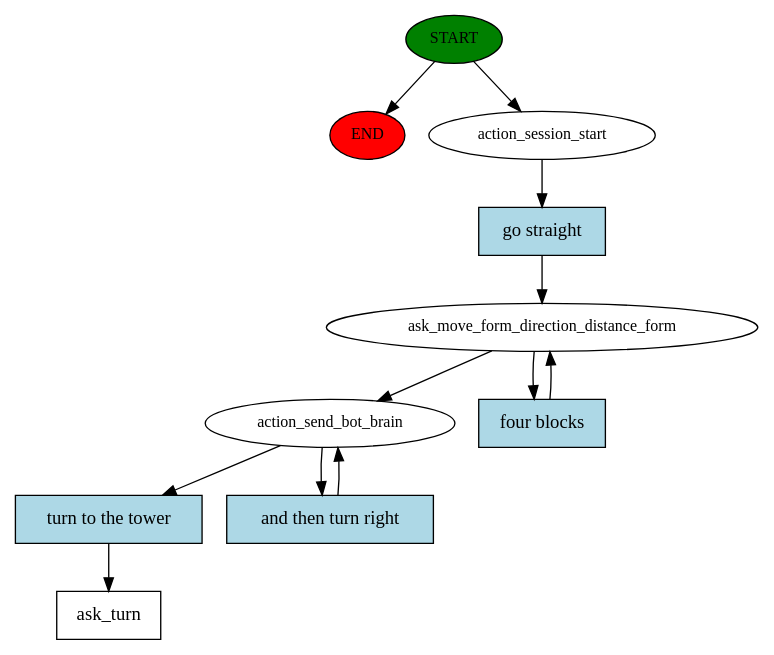
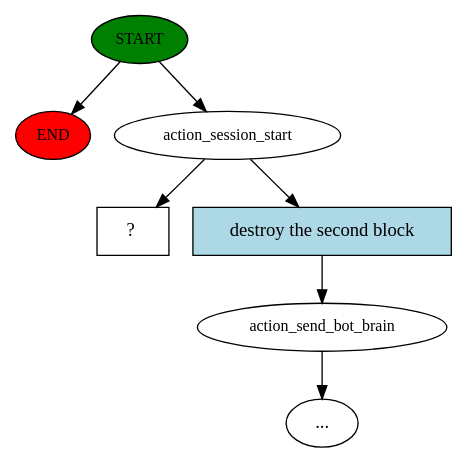
Before and after one commit to MaikePaetzel/minetest-agent: the diagram in dialog_manager/rasa_dm/story_graph.dot, drawn with Graphviz. The commit also changed 9 other files, not shown here.

Commit message:
add destroy block intent and use only stories instead of rules

```diff
--- a/dialog_manager/rasa_dm/story_graph.dot
+++ b/dialog_manager/rasa_dm/story_graph.dot
@@ -1,23 +1,15 @@
 digraph  {
 0 [class="start active", fillcolor=green, fontsize=12, label=START, style=filled];
 "-1" [class=end, fillcolor=red, fontsize=12, label=END, style=filled];
 1 [class=active, fontsize=12, label=action_session_start];
-2 [class=active, fontsize=12, label=ask_move_form_direction_distance_form];
-4 [class=active, fontsize=12, label=action_send_bot_brain];
-6 [class="intent dashed active", label=ask_turn, shape=rect];
-7 [class="intent active", fillcolor=lightblue, label="go straight", shape=rect, style=filled];
-8 [class="intent active", fillcolor=lightblue, label="four blocks", shape=rect, style=filled];
-9 [class="intent active", fillcolor=lightblue, label="turn to the tower", shape=rect, style=filled];
-10 [class="intent active", fillcolor=lightblue, label="and then turn right", shape=rect, style=filled];
+2 [class="", fontsize=12, label=action_send_bot_brain];
+"-3" [class=ellipsis, label="..."];
+4 [class="intent dashed active", label="  ?  ", shape=rect];
+5 [class=intent, fillcolor=lightblue, label="destroy the second block", shape=rect, style=filled];
 0 -> "-1"  [class="", key=NONE, label=""];
 0 -> 1  [class=active, key=NONE, label=""];
-1 -> 7  [class=active, key=0];
-2 -> 4  [class=active, key=NONE, label=""];
-2 -> 8  [class=active, key=0];
-4 -> 9  [class=active, key=0];
-4 -> 10  [class=active, key=0];
-7 -> 2  [class=active, key=0];
-8 -> 2  [class=active, key=0];
-9 -> 6  [class=active, key=0];
-10 -> 4  [class=active, key=0];
+1 -> 4  [class=active, key=NONE, label=""];
+1 -> 5  [class="", key=0];
+2 -> "-3"  [class="", key=NONE, label=""];
+5 -> 2  [class="", key=0];
 }
```
